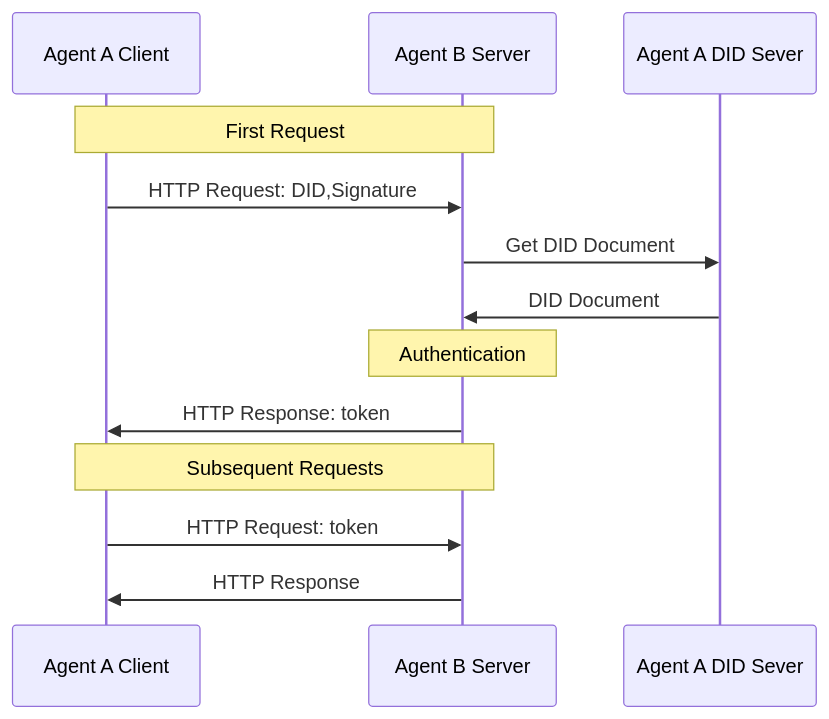
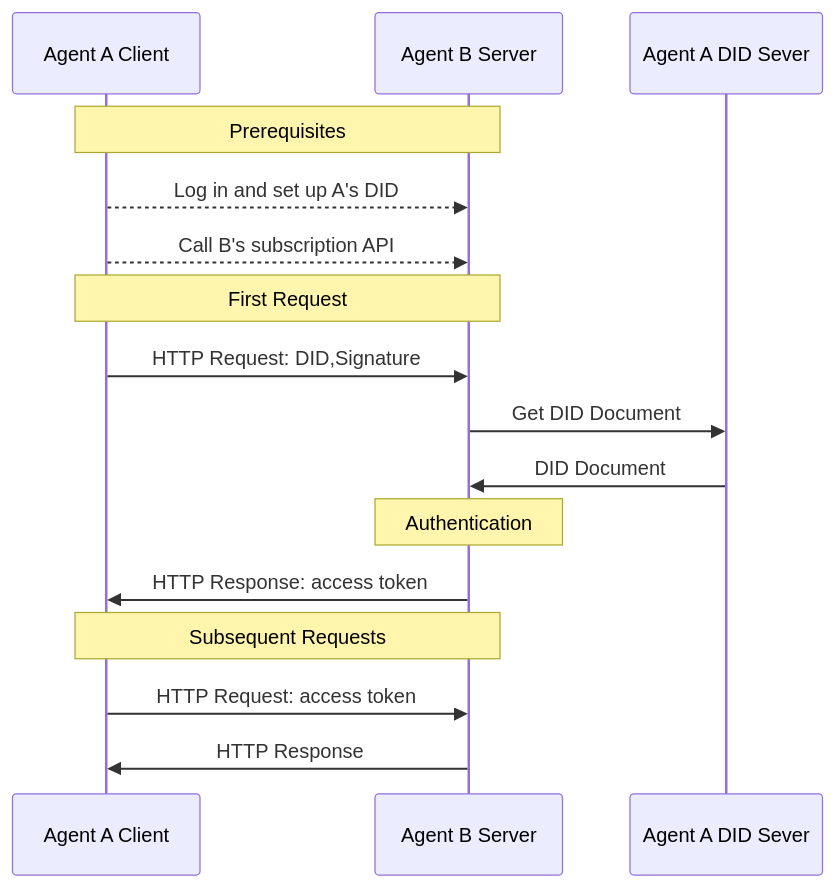
One commit to yumh1/AgentNetworkProtocol changed the diagram in blogs/did:wba, a Web-based Decentralized Identifier.md. Above: the diagram before and after it, drawn with Mermaid. The commit also changed other lines of this file and 1 other file, not shown here.

````diff
--- a/blogs/did:wba, a Web-based Decentralized Identifier.md
+++ b/blogs/did:wba, a Web-based Decentralized Identifier.md
@@ -15,21 +81,27 @@
 ```mermaid
 sequenceDiagram
     participant Agent A Client
     participant Agent B Server 
     participant Agent A DID Sever
+
+    Note over Agent A Client,Agent B Server: Prerequisites
+
+    Agent A Client-->>Agent B Server: Log in and set up A's DID
+
+    Agent A Client-->>Agent B Server: Call B's subscription API
 
     Note over Agent A Client,Agent B Server: First Request
 
     Agent A Client->>Agent B Server: HTTP Request: DID,Signature
     Agent B Server->>Agent A DID Sever: Get DID Document
     Agent A DID Sever->>Agent B Server: DID Document
 
     Note over Agent B Server: Authentication
 
-    Agent B Server->>Agent A Client: HTTP Response: token
+    Agent B Server->>Agent A Client: HTTP Response: access token
 
     Note over Agent A Client, Agent B Server: Subsequent Requests
 
-    Agent A Client->>Agent B Server: HTTP Request: token
+    Agent A Client->>Agent B Server: HTTP Request: access token
     Agent B Server->>Agent A Client: HTTP Response
 ```
````
